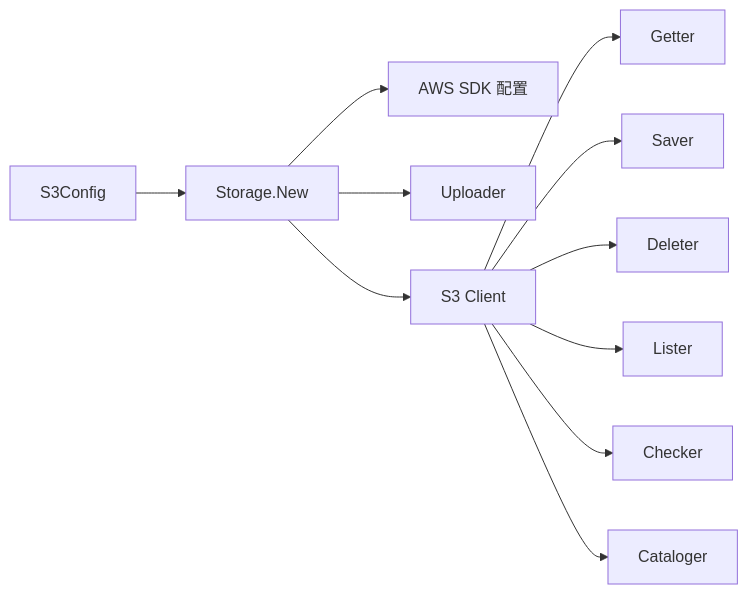
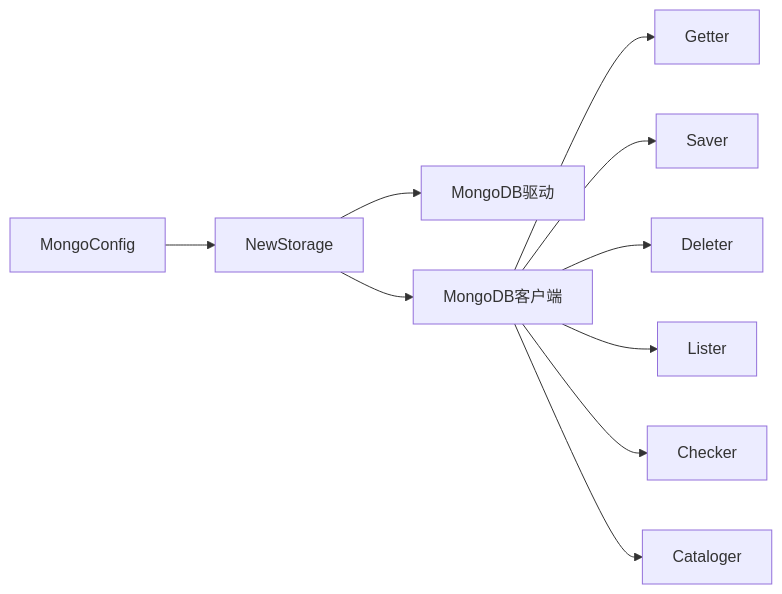
Before and after one commit to leimeng-go/athens: the fourth of 4 diagrams in .qoder/repowiki/zh/content/配置参考/存储后端配置/云存储配置/S3存储配置.md, drawn with Mermaid. The commit also changed other lines of this file and 14 other files, not shown here.

````diff
--- a/.qoder/repowiki/zh/content/配置参考/存储后端配置/云存储配置/S3存储配置.md
+++ b/.qoder/repowiki/zh/content/配置参考/存储后端配置/云存储配置/S3存储配置.md
@@ -252,13 +195,12 @@
 ```mermaid
 graph LR
-S3Cfg["S3Config"] --> New["Storage.New"]
-New --> SDKCfg["AWS SDK 配置"]
-New --> Up["Uploader"]
-New --> S3API["S3 Client"]
-S3API --> Getter["Getter"]
-S3API --> Saver["Saver"]
-S3API --> Deleter["Deleter"]
-S3API --> Lister["Lister"]
-S3API --> Checker["Checker"]
-S3API --> Cataloger["Cataloger"]
+MongoCfg["MongoConfig"] --> New["NewStorage"]
+New --> MongoDriver["MongoDB驱动"]
+New --> Client["MongoDB客户端"]
+Client --> Getter["Getter"]
+Client --> Saver["Saver"]
+Client --> Deleter["Deleter"]
+Client --> Lister["Lister"]
+Client --> Checker["Checker"]
+Client --> Cataloger["Cataloger"]
 ```
````
